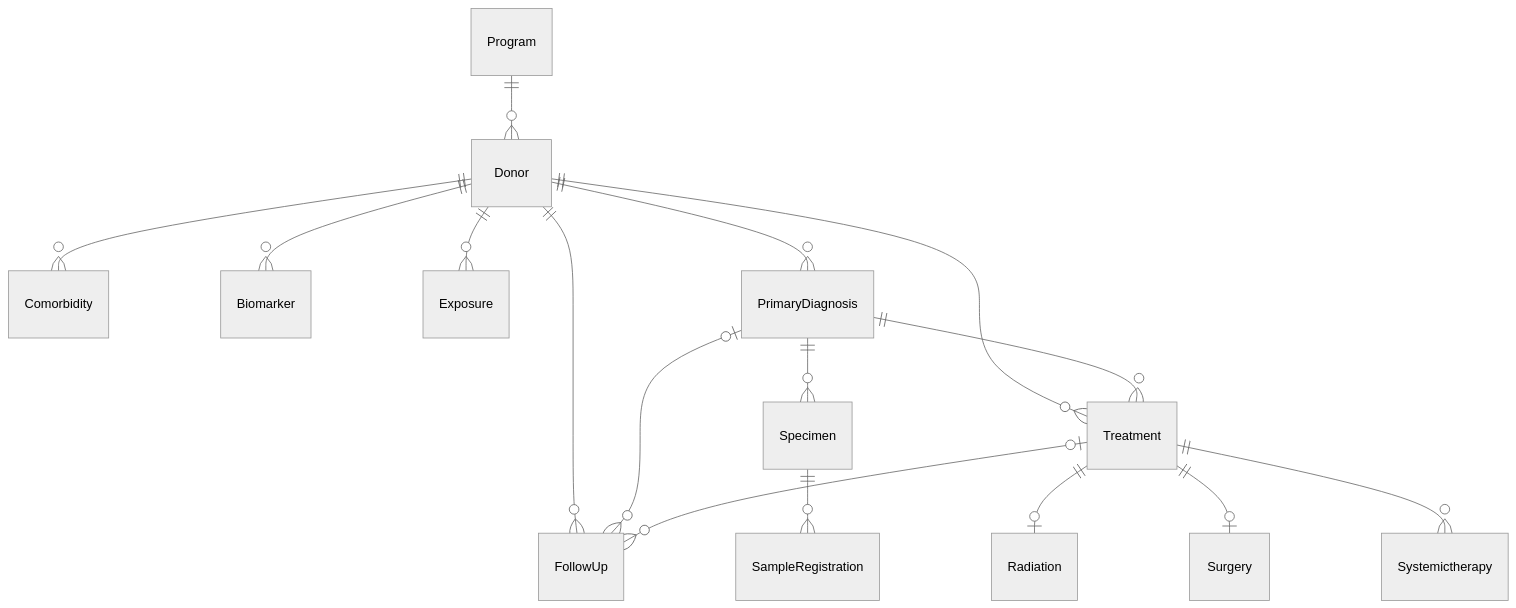
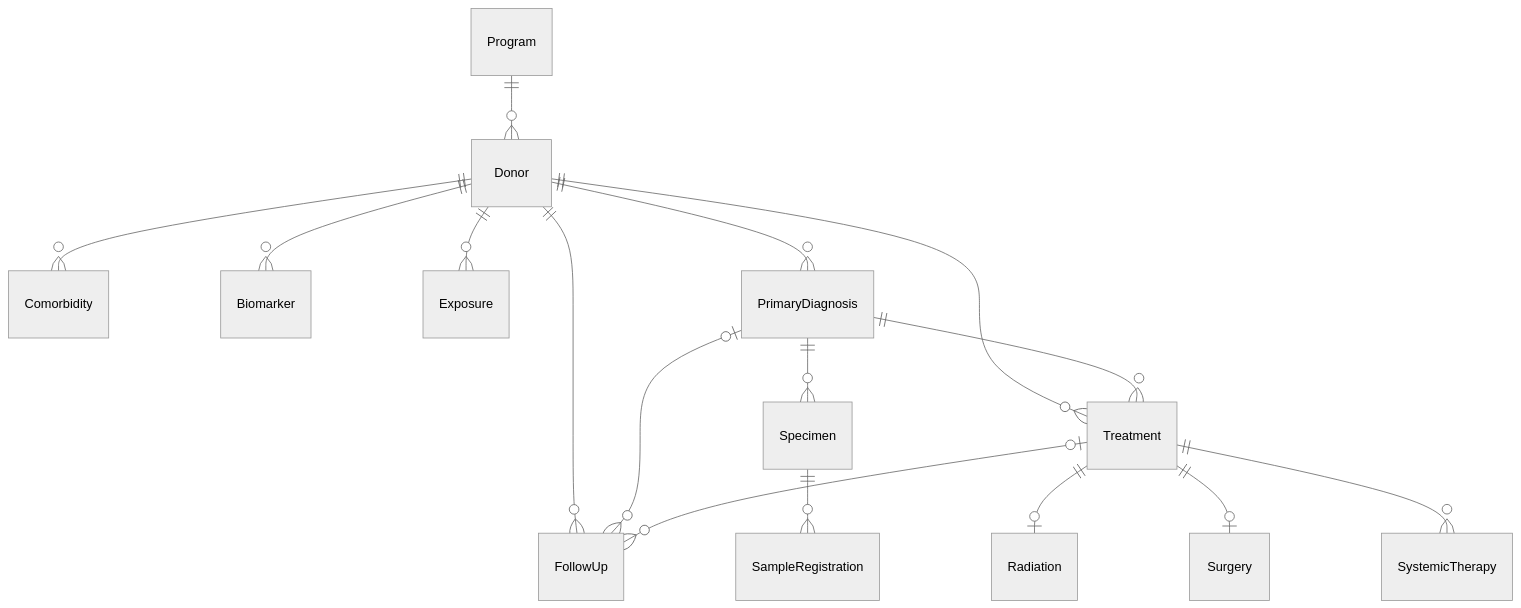
The diagram in README.md (CanDIG/candigv2-download-client), drawn with Mermaid (neutral theme) before and after one commit.

````diff
--- a/README.md
+++ b/README.md
@@ -22,20 +22,20 @@
 ```mermaid
 
 erDiagram
 
 Program ||--o{ Donor : ""
 Donor ||--o{ Comorbidity : ""
 Donor ||--o{ Biomarker : "" 
 Donor ||--o{ Exposure : "" 
 Donor ||--o{ FollowUp : "" 
 Donor ||--o{ PrimaryDiagnosis : ""
 Donor ||--o{ Treatment : "" 
 PrimaryDiagnosis ||--o{ Specimen : "" 
 PrimaryDiagnosis ||--o{ Treatment : "" 
 PrimaryDiagnosis o|--o{ FollowUp : ""
 Specimen ||--o{ SampleRegistration : "" 
 Treatment ||--o| Radiation : "" 
 Treatment ||--o| Surgery : "" 
-Treatment ||--o{ Systemictherapy : "" 
+Treatment ||--o{ SystemicTherapy : "" 
 Treatment o|--o{ FollowUp : "" 
 ```
````
